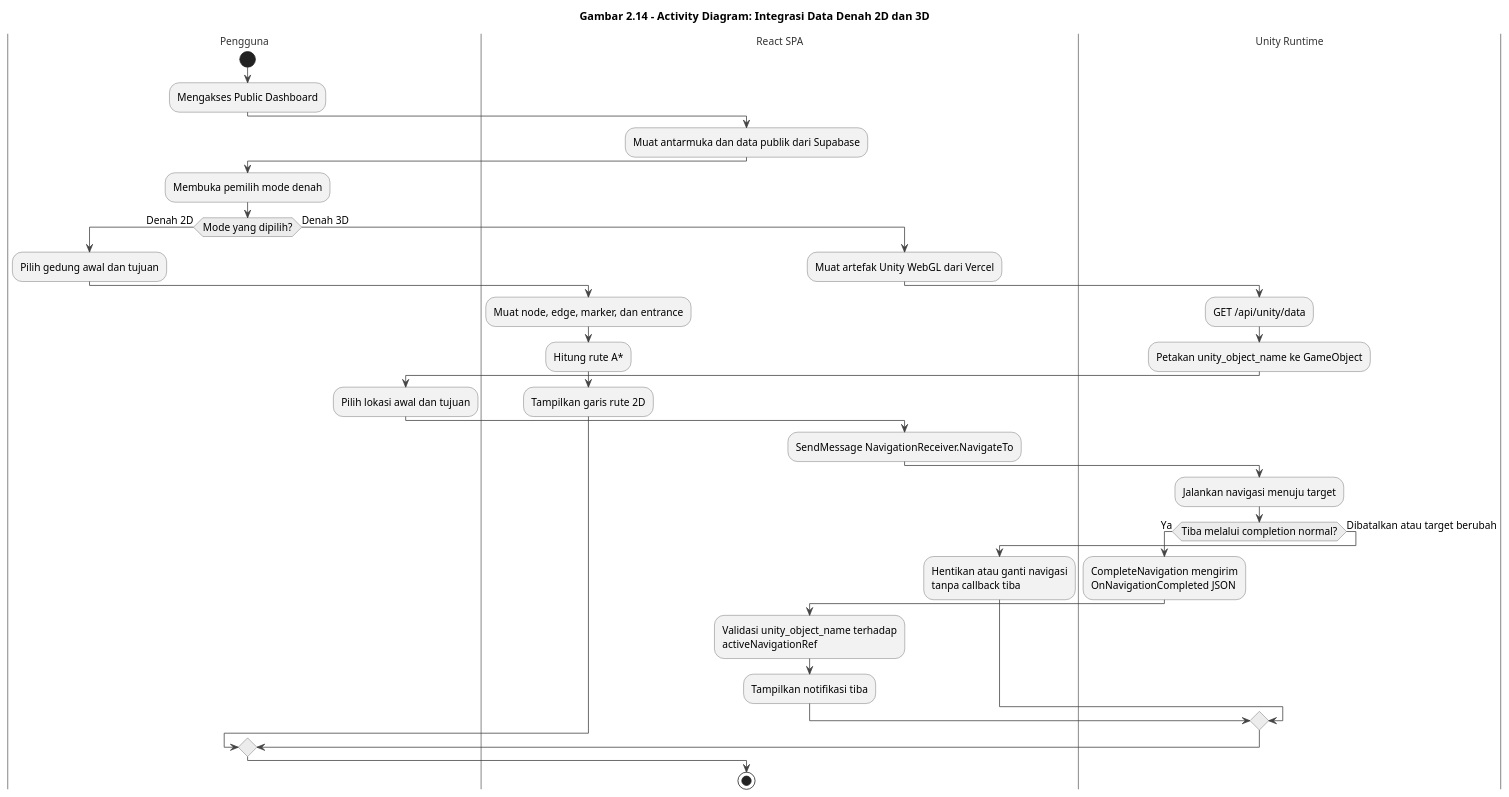
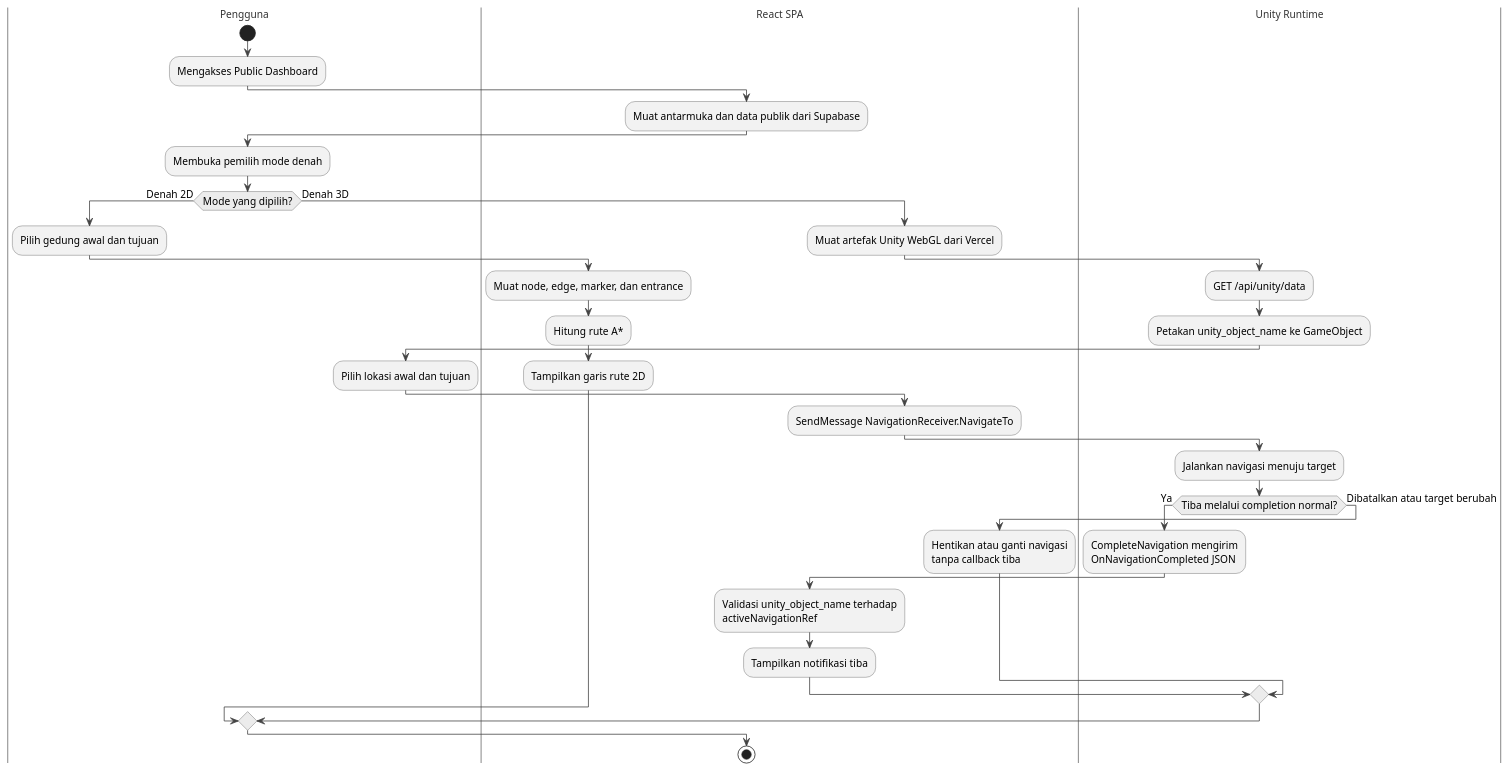
One commit to Jokskuyy/workflow-ta-proyek changed the diagram in diagrams/gambar-2.14-activity-integrasi-data-denah.puml. Above: the diagram before and after it, drawn with PlantUML. The commit also changed 52 other files, not shown here.

Commit message:
docs: finalisasi laporan Iman dan diagram UML

```diff
--- a/diagrams/gambar-2.14-activity-integrasi-data-denah.puml
+++ b/diagrams/gambar-2.14-activity-integrasi-data-denah.puml
@@ -1,59 +1,58 @@
 @startuml gambar-2-14-activity-integrasi-data-denah
 ' Gambar 2.14 - Activity Diagram: Integrasi Data Denah
 ' Alur aktual pemilihan Denah 2D/3D dan integrasi React-Unity
 ' Sumber: BAB II - 2.2 & 2.3.3 Activity Diagram
 
 skinparam backgroundColor #FFFFFF
 skinparam shadowing false
 skinparam defaultFontName "Segoe UI"
 skinparam defaultFontSize 13
 skinparam ArrowColor #444444
 skinparam ActivityBorderColor #555555
 skinparam ActivityBackgroundColor #F2F2F2
 skinparam ActivityDiamondBackgroundColor #ECECEC
 skinparam ActivityDiamondBorderColor #555555
 skinparam SwimlaneTitleFontColor #333333
 skinparam SwimlaneBorderColor #999999
 
-title Gambar 2.14 - Activity Diagram: Integrasi Data Denah 2D dan 3D
 
 |Pengguna|
 start
 :Mengakses Public Dashboard;
 
 |React SPA|
 :Muat antarmuka dan data publik dari Supabase;
 
 |Pengguna|
 :Membuka pemilih mode denah;
 if (Mode yang dipilih?) then (Denah 2D)
   :Pilih gedung awal dan tujuan;
   |React SPA|
   :Muat node, edge, marker, dan entrance;
   :Hitung rute A*;
   :Tampilkan garis rute 2D;
 else (Denah 3D)
   |React SPA|
   :Muat artefak Unity WebGL dari Vercel;
   |Unity Runtime|
   :GET /api/unity/data;
   :Petakan unity_object_name ke GameObject;
   |Pengguna|
   :Pilih lokasi awal dan tujuan;
   |React SPA|
   :SendMessage NavigationReceiver.NavigateTo;
   |Unity Runtime|
   :Jalankan navigasi menuju target;
   if (Tiba melalui completion normal?) then (Ya)
     :CompleteNavigation mengirim\nOnNavigationCompleted JSON;
     |React SPA|
     :Validasi unity_object_name terhadap\nactiveNavigationRef;
     :Tampilkan notifikasi tiba;
   else (Dibatalkan atau target berubah)
     :Hentikan atau ganti navigasi\ntanpa callback tiba;
   endif
 endif
 
 stop
 
 @enduml
```
